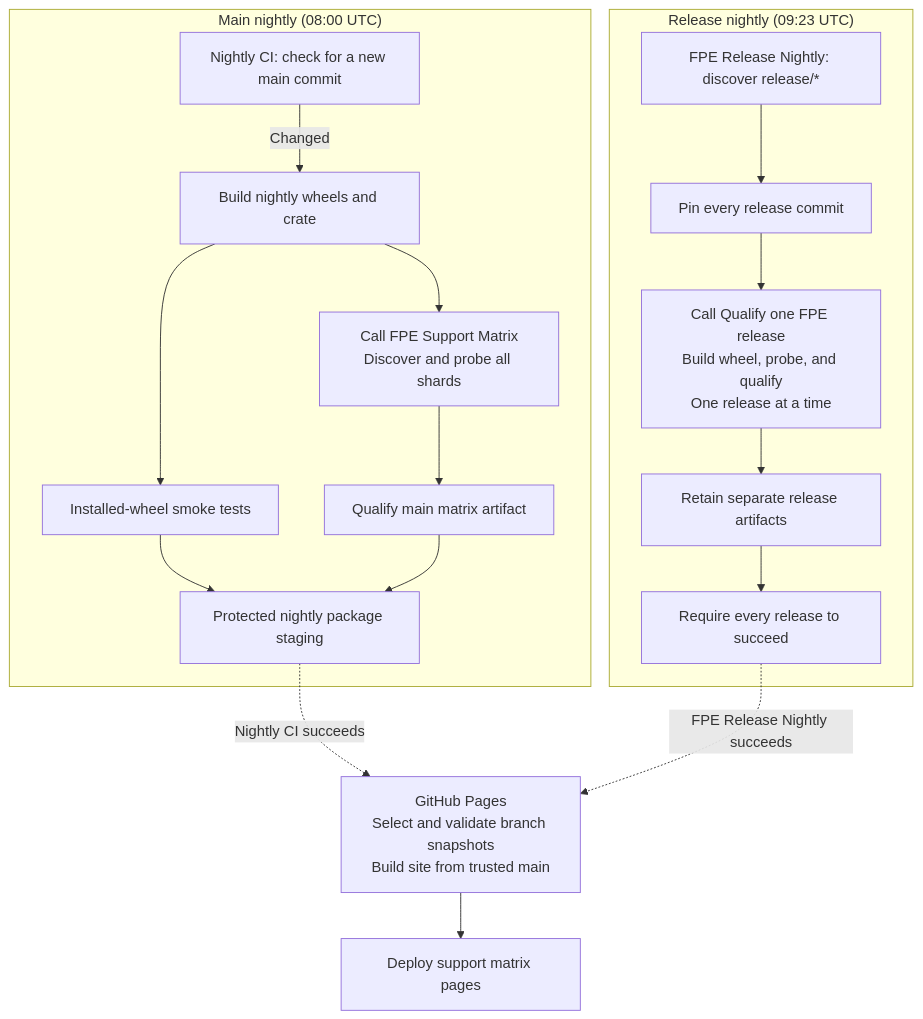
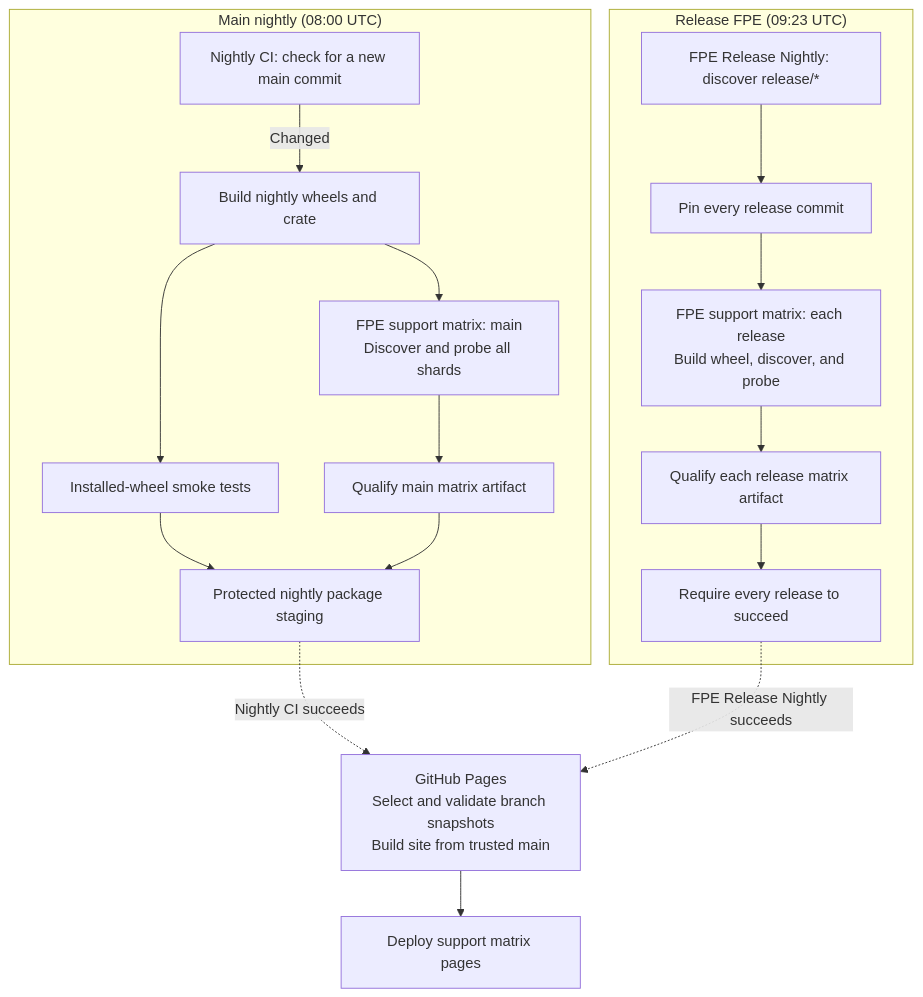
One commit to ai-dynamo/aisimulate changed the second of 2 diagrams in docs/ci.md. Above: the diagram before and after it, drawn with Mermaid. The commit also changed other lines of this file, not shown here.

Commit message:
docs(ci): clarify release nightly runs only FPE qualification

````diff
--- a/docs/ci.md
+++ b/docs/ci.md
@@ -63,22 +63,22 @@
 ```mermaid
 flowchart TD
     subgraph MainNightly["Main nightly (08:00 UTC)"]
         MainGuard["Nightly CI: check for a new main commit"] -->|Changed| Build["Build nightly wheels and crate"]
         Build --> Smoke["Installed-wheel smoke tests"]
-        Build --> MainFPE["Call FPE Support Matrix<br/>Discover and probe all shards"]
+        Build --> MainFPE["FPE support matrix: main<br/>Discover and probe all shards"]
         MainFPE --> MainQualified["Qualify main matrix artifact"]
         Smoke --> NightlyStage["Protected nightly package staging"]
         MainQualified --> NightlyStage
     end
 
-    subgraph ReleaseNightly["Release nightly (09:23 UTC)"]
+    subgraph ReleaseNightly["Release FPE (09:23 UTC)"]
         Discover["FPE Release Nightly: discover release/*"] --> Pin["Pin every release commit"]
-        Pin --> PerRelease["Call Qualify one FPE release<br/>Build wheel, probe, and qualify<br/>One release at a time"]
-        PerRelease --> ReleaseQualified["Retain separate release artifacts"]
+        Pin --> PerRelease["FPE support matrix: each release<br/>Build wheel, discover, and probe"]
+        PerRelease --> ReleaseQualified["Qualify each release matrix artifact"]
         ReleaseQualified --> AllReleases["Require every release to succeed"]
     end
 
     NightlyStage -.->|Nightly CI succeeds| Pages["GitHub Pages<br/>Select and validate branch snapshots<br/>Build site from trusted main"]
     AllReleases -.->|FPE Release Nightly succeeds| Pages
     Pages --> Deploy["Deploy support matrix pages"]
 ```
````
